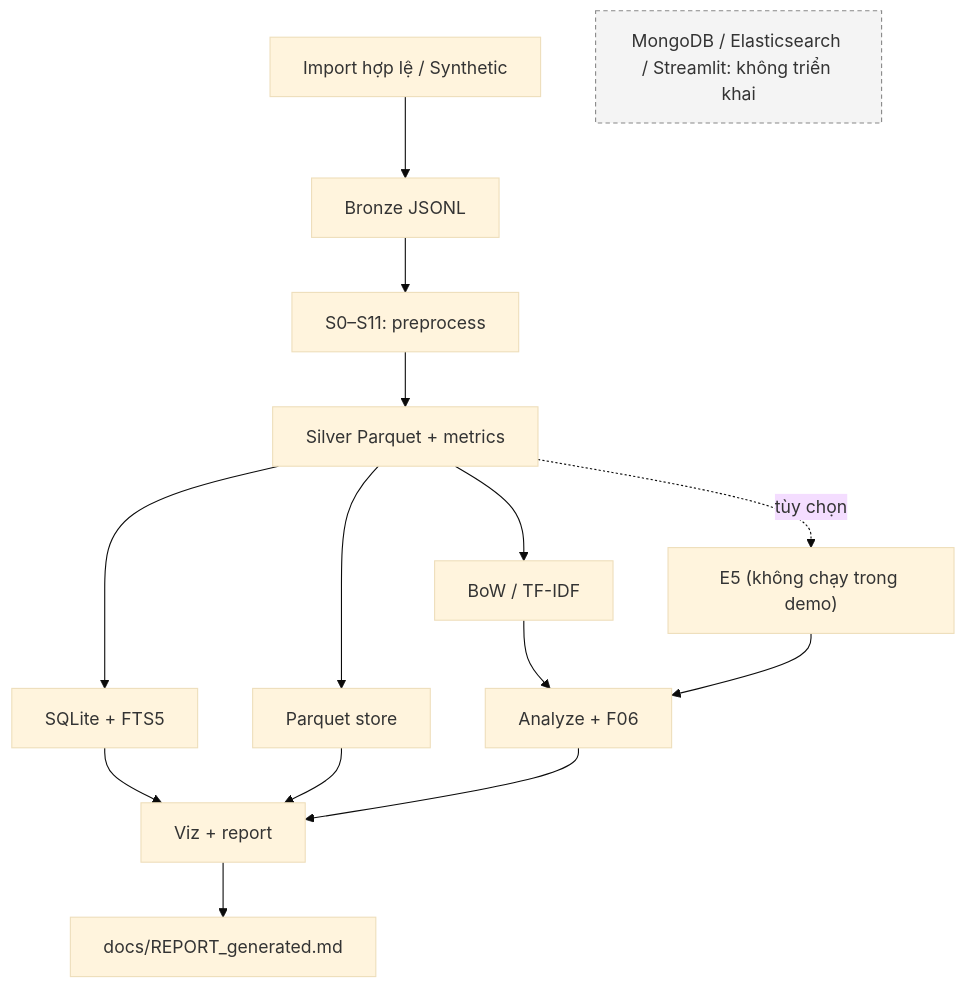
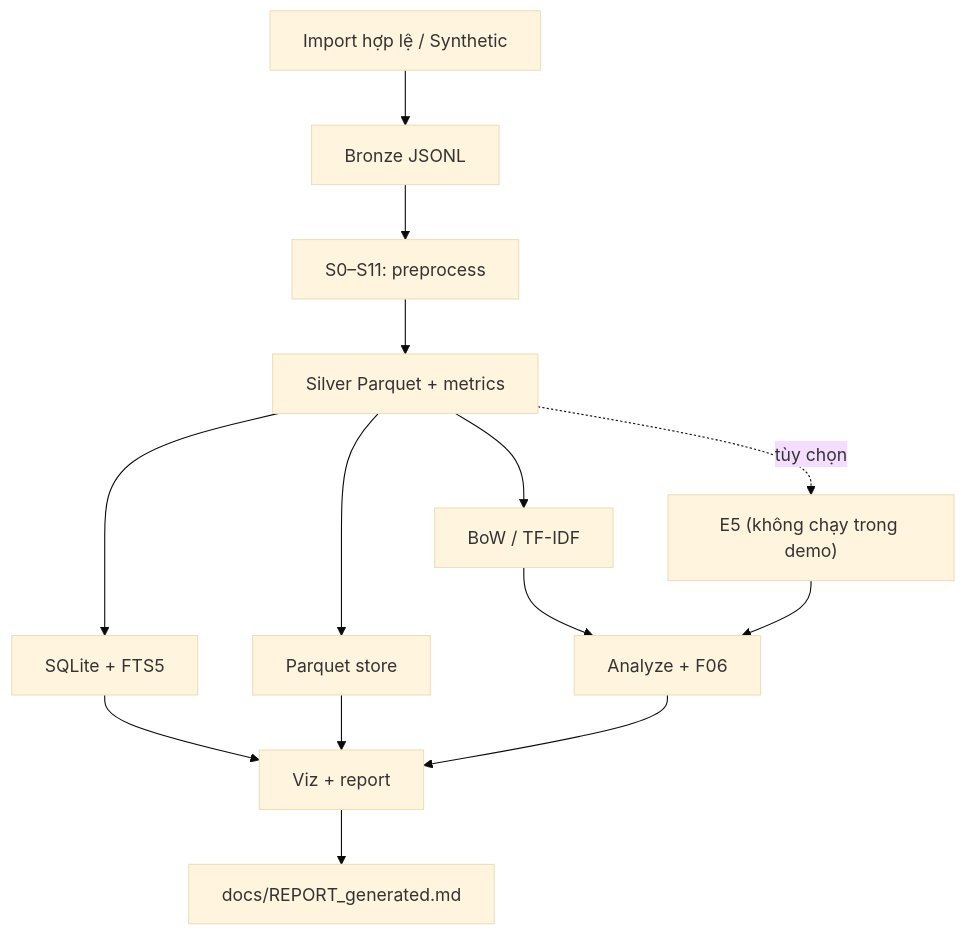
Before and after one commit to Hoquoctrung/fb-group-text-pipeline: the diagram in README.md, drawn with Mermaid (base theme). The commit also changed other lines of this file, not shown here.

Commit message:
docs: keep unimplemented systems out of architecture graph

```diff
--- a/README.md
+++ b/README.md
@@ -11,18 +11,16 @@
 ~~~mermaid
 flowchart TD
     A["Import hợp lệ / Synthetic"] --> B["Bronze JSONL"]
     B --> C["S0–S11: preprocess"]
     C --> D["Silver Parquet + metrics"]
     D --> E["BoW / TF-IDF"]
     D -. tùy chọn .-> F["E5 (không chạy trong demo)"]
     D --> G["SQLite + FTS5"]
     D --> H["Parquet store"]
     E --> I["Analyze + F06"]
     F --> I
     G --> J["Viz + report"]
     H --> J
     I --> J
     J --> K["docs/REPORT_generated.md"]
-    N["MongoDB / Elasticsearch / Streamlit: không triển khai"]:::note
-    classDef note fill:#f4f4f4,stroke:#888,color:#333,stroke-dasharray: 4 3
 ~~~
```
